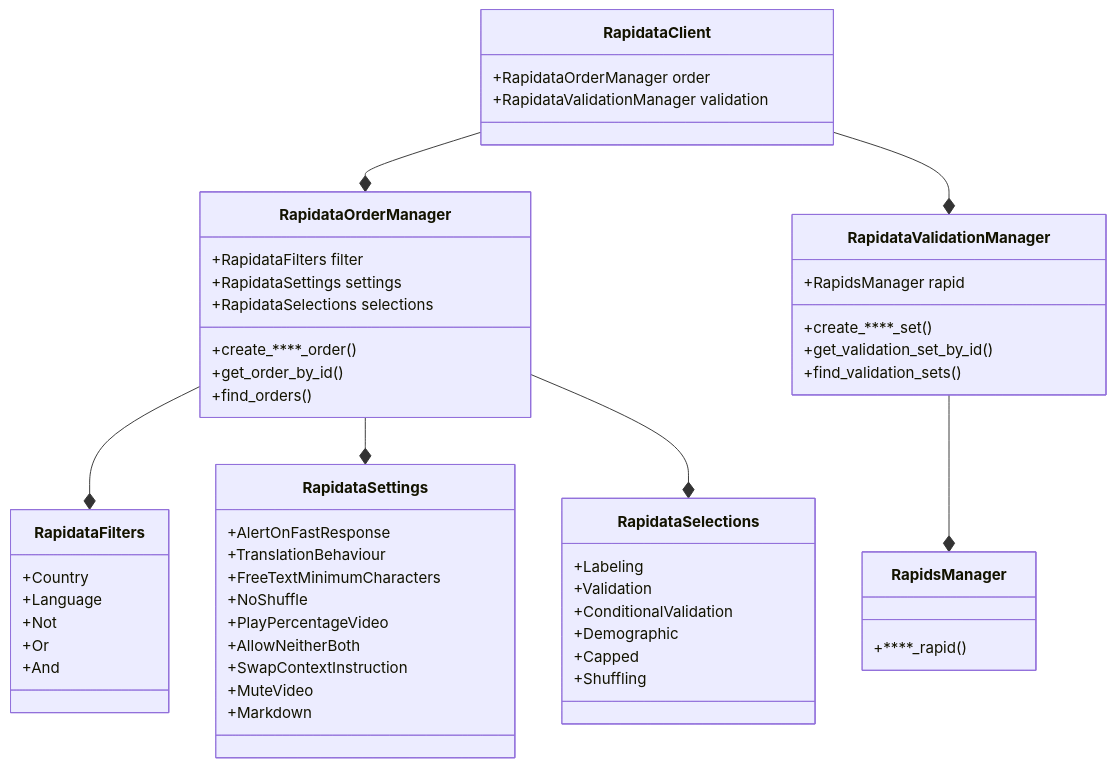
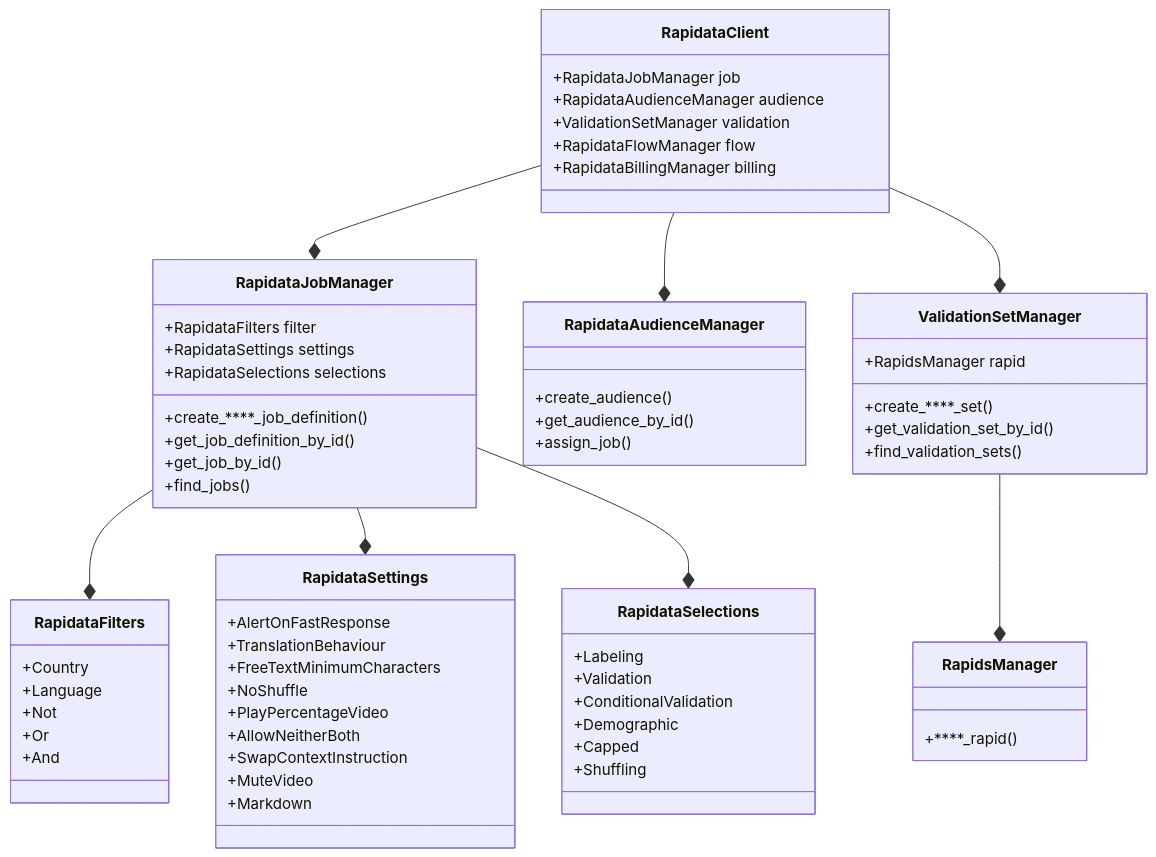
Before and after one commit to RapidataAI/rapidata-python-sdk: the diagram in docs/api.md, drawn with Mermaid. The commit also changed other lines of this file and 1001 other files, not shown here.

First line of the commit message:
refactor!: remove order flow and pipeline/workflow APIs from the SDK

````diff
--- a/docs/api.md
+++ b/docs/api.md
@@ -2,72 +2,83 @@
 ```mermaid
 classDiagram
     class RapidataClient {
-        +RapidataOrderManager order
-        +RapidataValidationManager validation
+        +RapidataJobManager job
+        +RapidataAudienceManager audience
+        +ValidationSetManager validation
+        +RapidataFlowManager flow
+        +RapidataBillingManager billing
     }
-    
-    class RapidataOrderManager {
+
+    class RapidataJobManager {
         +RapidataFilters filter
         +RapidataSettings settings
         +RapidataSelections selections
-        +create_****_order()
-        +get_order_by_id()
-        +find_orders()
+        +create_****_job_definition()
+        +get_job_definition_by_id()
+        +get_job_by_id()
+        +find_jobs()
     }
-    
-    class RapidataValidationManager {
+
+    class RapidataAudienceManager {
+        +create_audience()
+        +get_audience_by_id()
+        +assign_job()
+    }
+
+    class ValidationSetManager {
         +RapidsManager rapid
         +create_****_set()
         +get_validation_set_by_id()
         +find_validation_sets()
     }
-    
+
     class RapidataFilters {
         +Country
         +Language
         +Not
         +Or
         +And
     }
 
     class RapidataSettings {
         +AlertOnFastResponse
         +TranslationBehaviour
         +FreeTextMinimumCharacters
         +NoShuffle
         +PlayPercentageVideo
         +AllowNeitherBoth
         +SwapContextInstruction
         +MuteVideo
         +Markdown
     }
 
     class RapidataSelections {
         +Labeling
         +Validation
         +ConditionalValidation
         +Demographic
         +Capped
         +Shuffling
     }
-    
+
     class RapidsManager {
         +****_rapid()
     }
 
-    RapidataClient --* RapidataOrderManager
-    RapidataClient --* RapidataValidationManager
-    RapidataOrderManager --* RapidataFilters
-    RapidataOrderManager --* RapidataSettings
-    RapidataOrderManager --* RapidataSelections
-    RapidataValidationManager --* RapidsManager
+    RapidataClient --* RapidataJobManager
+    RapidataClient --* RapidataAudienceManager
+    RapidataClient --* ValidationSetManager
+    RapidataJobManager --* RapidataFilters
+    RapidataJobManager --* RapidataSettings
+    RapidataJobManager --* RapidataSelections
+    ValidationSetManager --* RapidsManager
 
     link RapidataClient "../reference/rapidata/rapidata_client/rapidata_client/" ""
-    link RapidataOrderManager "../reference/rapidata/rapidata_client/order/rapidata_order_manager/" ""
-    link RapidataValidationManager "../reference/rapidata/rapidata_client/validation/validation_set_manager/" ""
+    link RapidataJobManager "../reference/rapidata/rapidata_client/job/rapidata_job_manager/" ""
+    link ValidationSetManager "../reference/rapidata/rapidata_client/validation/validation_set_manager/" ""
     link RapidataFilters "../reference/rapidata/rapidata_client/filter/rapidata_filters/" ""
     link RapidataSettings "../reference/rapidata/rapidata_client/settings/rapidata_settings/" ""
     link RapidataSelections "../reference/rapidata/rapidata_client/selection/rapidata_selections/" ""
     link RapidsManager "../reference/rapidata/rapidata_client/validation/rapids/rapids_manager/" ""
 
 ```
````
